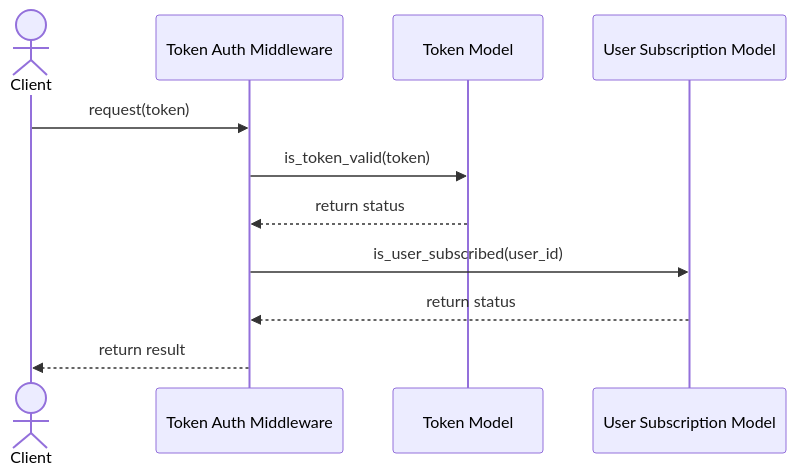
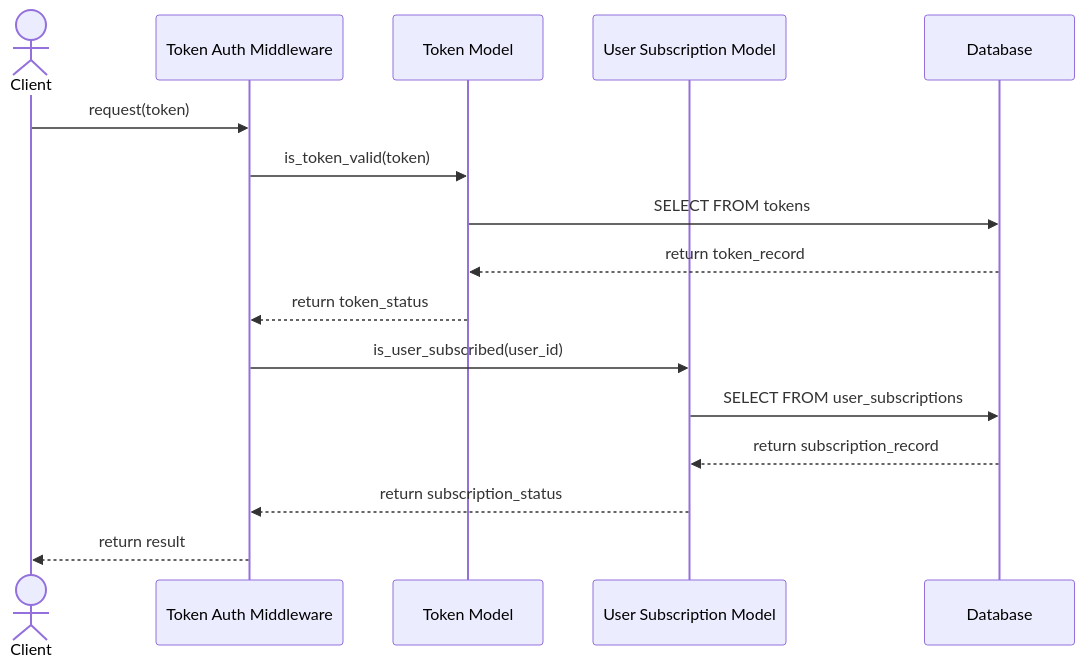
One commit to Tanaphat-Ken/ALPR-V2 changed the fourth of 20 diagrams in SYSTEM_DIAGRAMS.md. Above: the diagram before and after it, drawn with Mermaid. The commit also changed other lines of this file, not shown here.

First line of the commit message:
docs: trim sequence diagrams and split combined flows into separate diagrams

````diff
--- a/SYSTEM_DIAGRAMS.md
+++ b/SYSTEM_DIAGRAMS.md
@@ -208,14 +220,19 @@
 ```mermaid
 sequenceDiagram
     actor Client
     participant TAM as Token Auth Middleware
     participant TokenModel as Token Model
     participant SubModel as User Subscription Model
+    participant DB as Database
 
     Client->>TAM: request(token)
     TAM->>TokenModel: is_token_valid(token)
-    TokenModel-->>TAM: return status
+    TokenModel->>DB: SELECT FROM tokens
+    DB-->>TokenModel: return token_record
+    TokenModel-->>TAM: return token_status
     TAM->>SubModel: is_user_subscribed(user_id)
-    SubModel-->>TAM: return status
+    SubModel->>DB: SELECT FROM user_subscriptions
+    DB-->>SubModel: return subscription_record
+    SubModel-->>TAM: return subscription_status
     TAM-->>Client: return result
 ```
````
